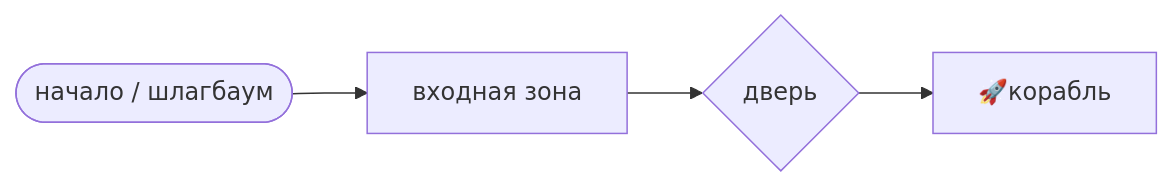
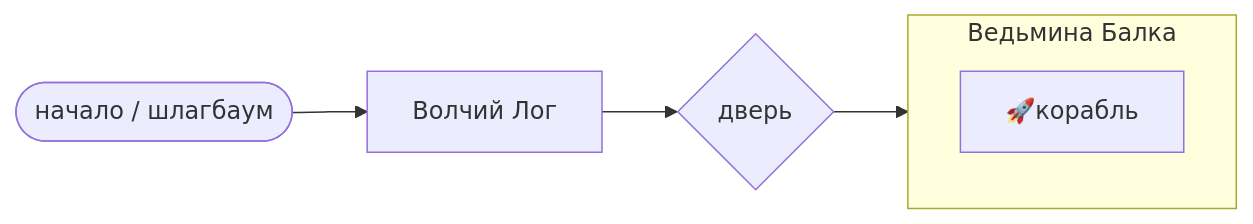
One commit to Yuhmik/formula_kontakta changed the first of 2 diagrams in Пришельцы.md. Above: the diagram before and after it, drawn with Mermaid. The commit also changed other lines of this file and 14 other files, not shown here.

Commit message:
+Схема полигона, Волчий Лог, Ведьмина Балка; карточка Контакт в конверте; забытый визит Пирогова к Ласневской

````diff
--- a/Пришельцы.md
+++ b/Пришельцы.md
@@ -391,6 +412,9 @@
 ```mermaid
 flowchart LR
-    A([начало / шлагбаум]) --> B[входная зона]
+    A([начало / шлагбаум]) --> B[Волчий Лог]
     B --> C{дверь}
-    C --> D[🚀корабль]
+    C --> D
+    subgraph D[Ведьмина Балка]
+        E[🚀корабль]
+    end
 ```
````
